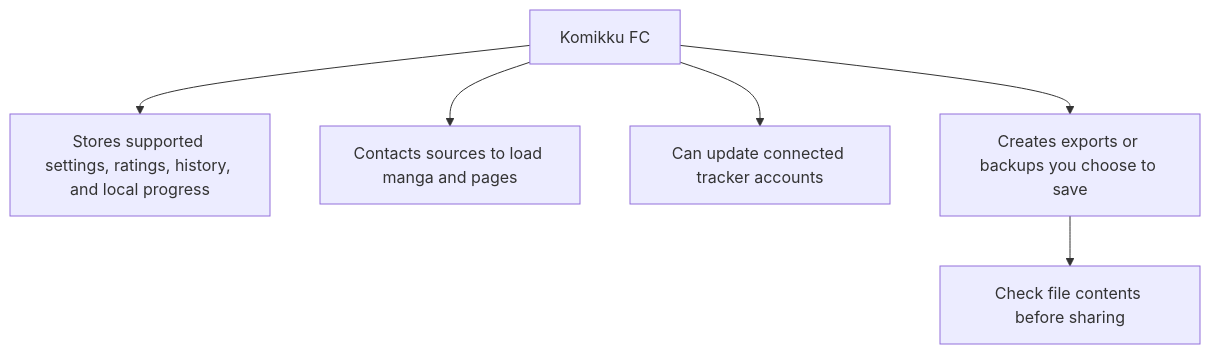
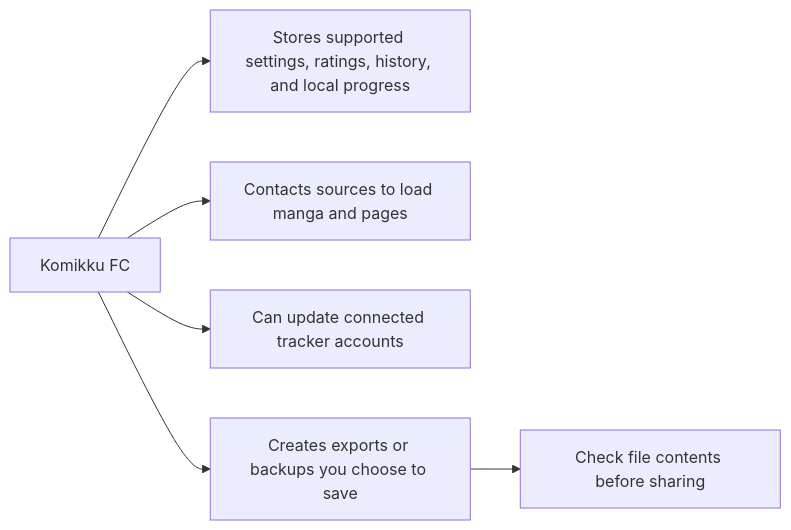
Before and after one commit to FancyCorey/komikku-fc: the fifth of 5 diagrams in docs/kmk/feature-guides/overview.md, drawn with Mermaid. The commit also changed other lines of this file and 93 other files, not shown here.

````diff
--- a/docs/kmk/feature-guides/overview.md
+++ b/docs/kmk/feature-guides/overview.md
@@ -76,8 +76,8 @@
 ```mermaid
-flowchart TD
+flowchart LR
     App["Komikku FC"] --> Local["Stores supported settings, ratings, history, and local progress"]
     App --> Sources["Contacts sources to load manga and pages"]
     App --> Trackers["Can update connected tracker accounts"]
     App --> Files["Creates exports or backups you choose to save"]
     Files --> Check["Check file contents before sharing"]
 ```
````
